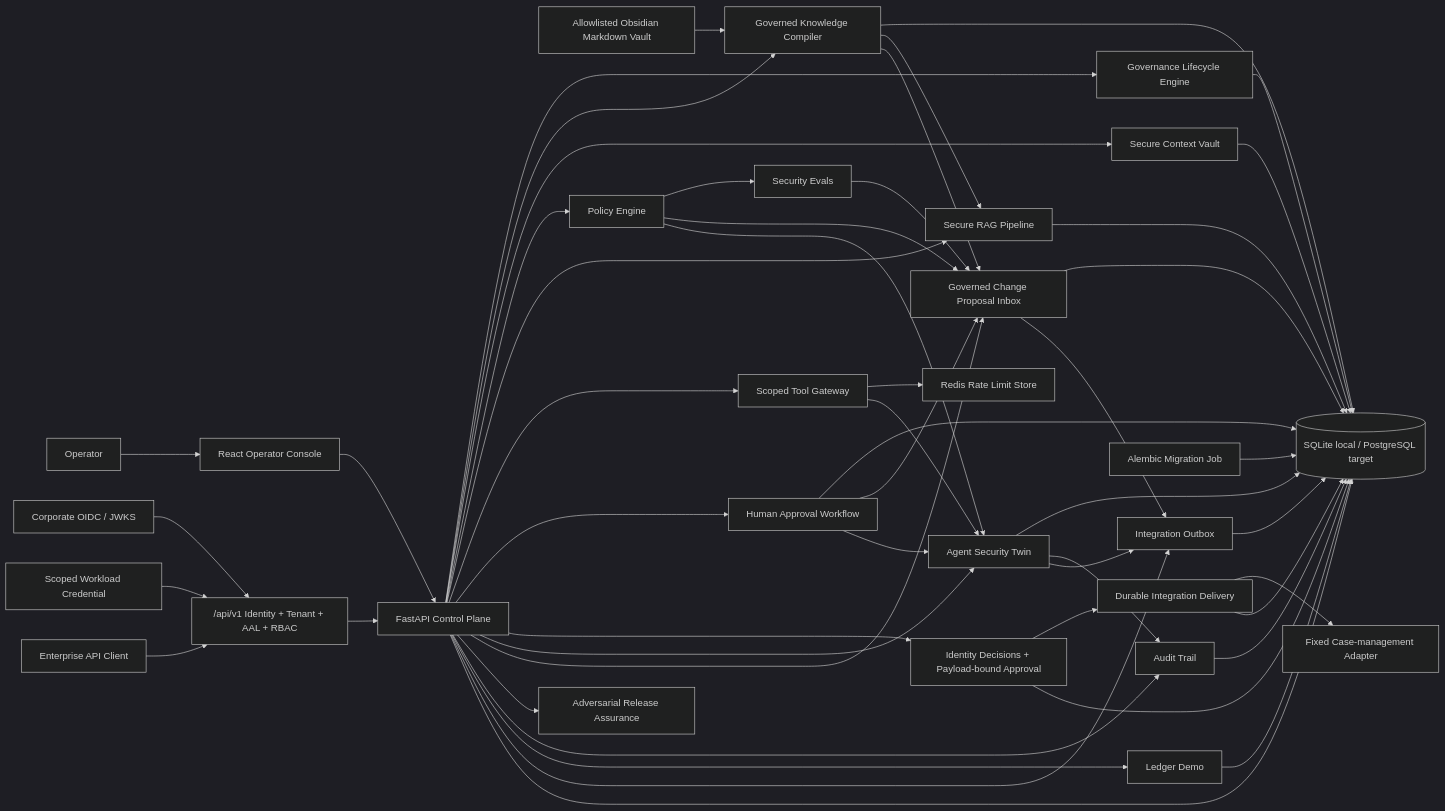
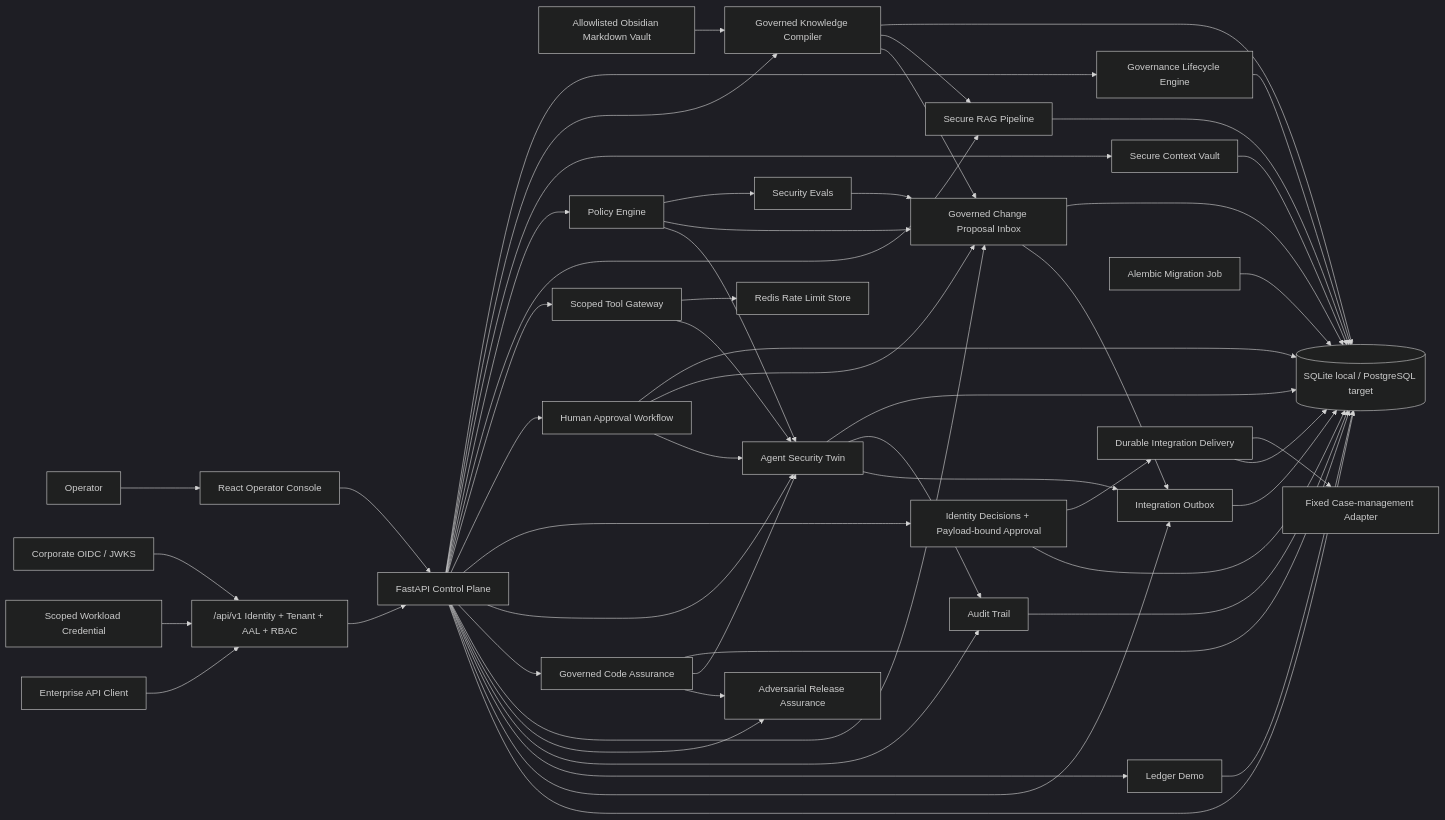
The diagram in README.md (danieloza/regulated-ai-agent-platform), drawn with Mermaid (dark theme) before and after one commit. The commit also changed other lines of this file and 14 other files, not shown here.

Commit message:
Add governed code assurance

````diff
--- a/README.md
+++ b/README.md
@@ -298,53 +304,57 @@
 ```mermaid
 flowchart LR
   Operator["Operator"] --> UI["React Operator Console"]
   IdP["Corporate OIDC / JWKS"] --> Gateway["/api/v1 Identity + Tenant + AAL + RBAC"]
   Workload["Scoped Workload Credential"] --> Gateway
   Client["Enterprise API Client"] --> Gateway
   UI --> API["FastAPI Control Plane"]
   Gateway --> API
   API --> Lifecycles["Governance Lifecycle Engine"]
   API --> Knowledge["Governed Knowledge Compiler"]
   Obsidian["Allowlisted Obsidian Markdown Vault"] --> Knowledge
   API --> Context["Secure Context Vault"]
   API --> Policy["Policy Engine"]
   API --> RAG["Secure RAG Pipeline"]
   API --> Tools["Scoped Tool Gateway"]
   API --> Approvals["Human Approval Workflow"]
   API --> Trust["Identity Decisions + Payload-bound Approval"]
   Trust --> Delivery["Durable Integration Delivery"]
   Delivery --> CaseSystem["Fixed Case-management Adapter"]
   API --> Twin["Agent Security Twin"]
+  API --> Code["Governed Code Assurance"]
   API --> Proposals["Governed Change Proposal Inbox"]
   API --> Assurance["Adversarial Release Assurance"]
   API --> Audit["Audit Trail"]
   API --> Ledger["Ledger Demo"]
   API --> Outbox["Integration Outbox"]
   Tools --> Redis["Redis Rate Limit Store"]
   API --> DB[("SQLite local / PostgreSQL target")]
   Migrations["Alembic Migration Job"] --> DB
   RAG --> DB
   Audit --> DB
   Approvals --> DB
   Trust --> DB
   Delivery --> DB
   Ledger --> DB
   Lifecycles --> DB
   Knowledge --> DB
   Context --> DB
   Proposals --> DB
   Twin --> DB
+  Code --> DB
+  Code --> Twin
+  Code --> Assurance
   Knowledge --> RAG
   Outbox --> DB
   Policy --> Evals["Security Evals"]
   Policy --> Proposals
   Knowledge --> Proposals
   Approvals --> Proposals
   Evals --> Proposals
   Proposals --> Outbox
   Policy --> Twin
   Tools --> Twin
   Approvals --> Twin
   Twin --> Audit
   Twin --> Outbox
 ```
````
